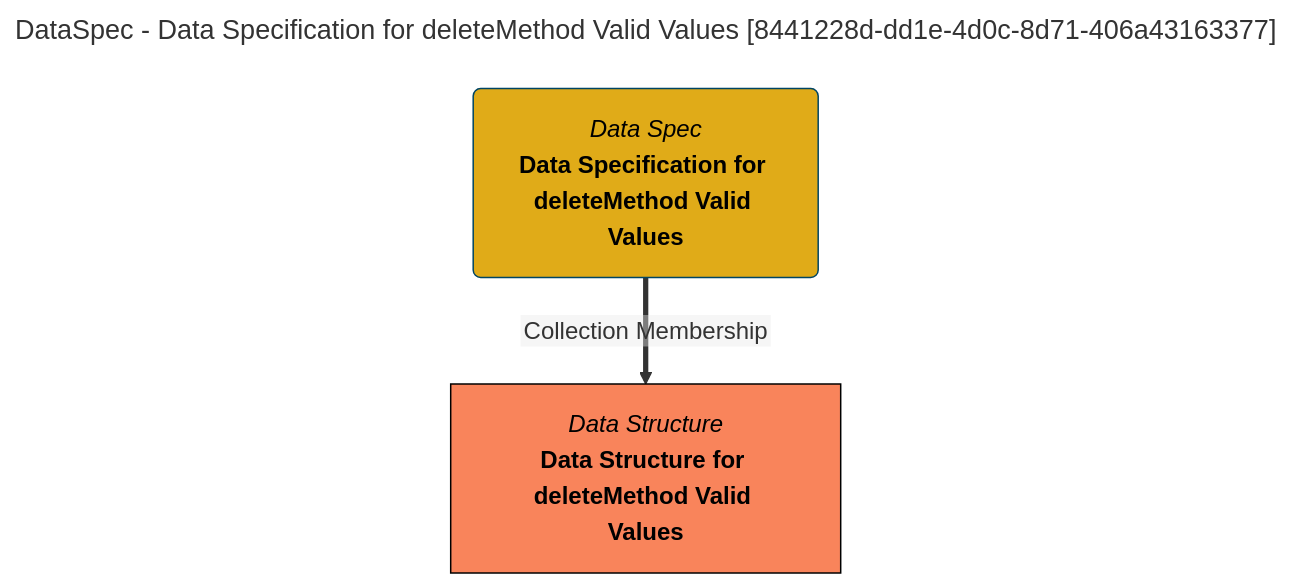
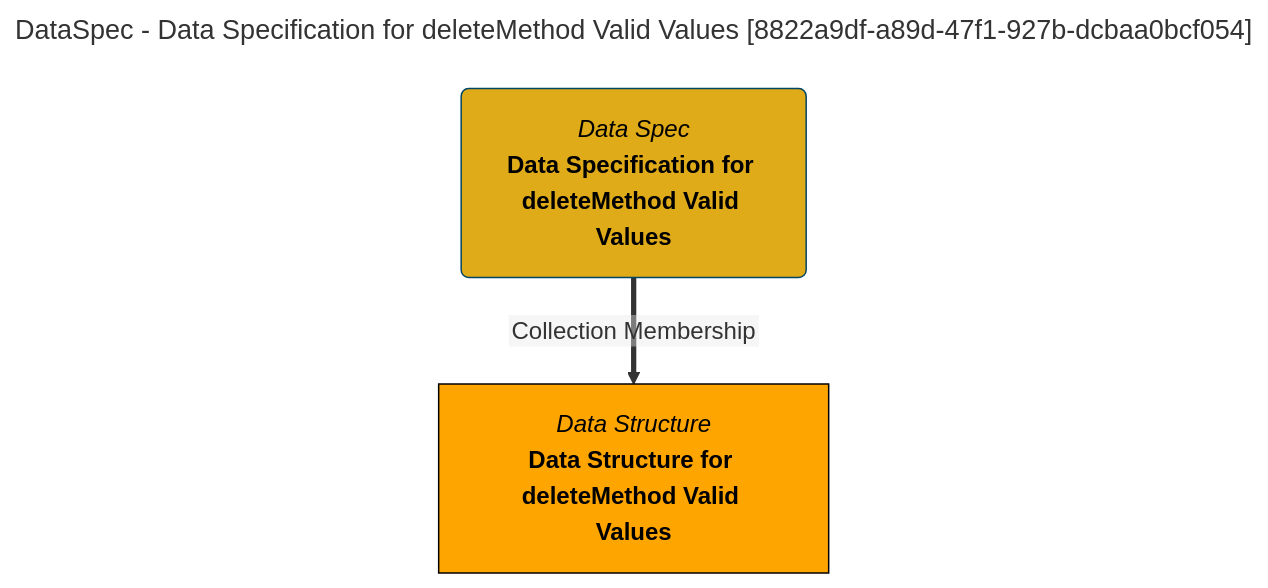
One commit to odpi/egeria-docs changed the diagram in site/snippets/collections/data-specs/data-specification-for-deletemethod-valid-values-mermaid-graph.md. Above: the diagram before and after it, drawn with Mermaid. The commit also changed 2201 other files, not shown here.

````diff
--- a/site/snippets/collections/data-specs/data-specification-for-deletemethod-valid-values-mermaid-graph.md
+++ b/site/snippets/collections/data-specs/data-specification-for-deletemethod-valid-values-mermaid-graph.md
@@ -1,15 +1,15 @@
 ```mermaid
 ---
-title: DataSpec - Data Specification for deleteMethod Valid Values [8441228d-dd1e-4d0c-8d71-406a43163377]
+title: DataSpec - Data Specification for deleteMethod Valid Values [8822a9df-a89d-47f1-927b-dcbaa0bcf054]
 ---
 flowchart TD
 %%{init: {"flowchart": {"htmlLabels": false}} }%%
 
 1@{ shape: rounded, label: "*Data Spec*
 **Data Specification for deleteMethod Valid Values**"}
 2@{ shape: rect, label: "*Data Structure*
 **Data Structure for deleteMethod Valid Values**"}
 1==>|"Collection Membership"|2
 style 1 color:#000000, fill:#e0ab18, stroke:#004563
-style 2 color:#000000, fill:#f9845b, stroke:#000000
+style 2 color:#000000, fill:#FFA500, stroke:#000000
 ```
````
